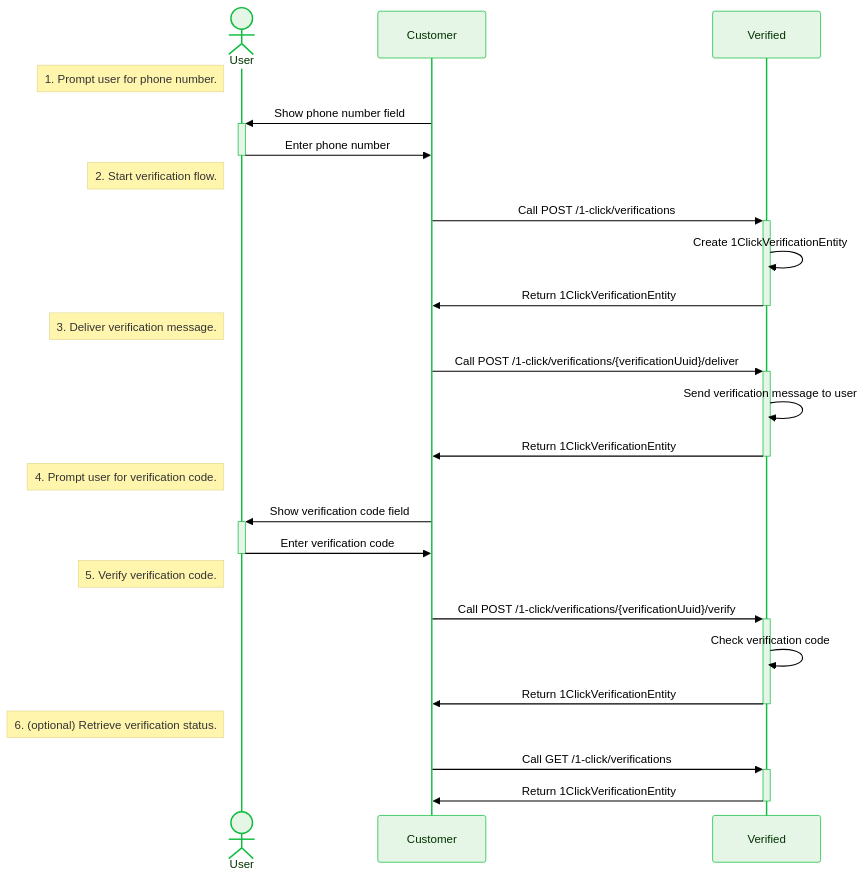
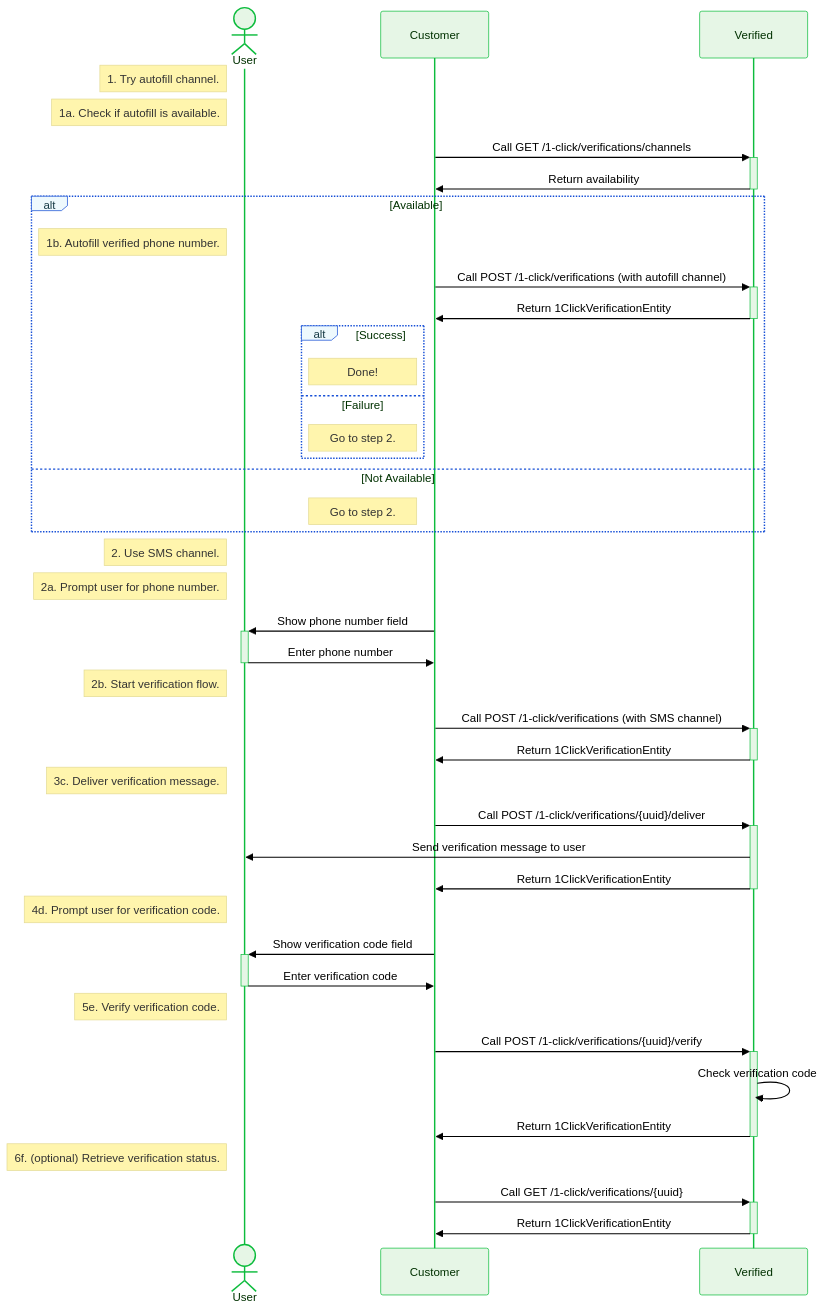
One commit to VerifiedInc/VerifiedInc.github.io changed the diagram in versioned_docs/version-2.1/reusables/sequence-diagram-1-click-verify-api.mdx. Above: the diagram before and after it, drawn with Mermaid. The commit also changed 70 other files, not shown here.

````diff
--- a/versioned_docs/version-2.1/reusables/sequence-diagram-1-click-verify-api.mdx
+++ b/versioned_docs/version-2.1/reusables/sequence-diagram-1-click-verify-api.mdx
@@ -1,49 +1,67 @@
 ```mermaid
 %%{
     init: {
     'theme': 'base',
     'themeVariables': {
         'primaryColor': '#e6f6e6',
         'primaryTextColor': '#003100',
         'primaryBorderColor': '#0dbc3d',
         'secondaryColor': '#eef9fd',
         'secondaryTextColor': '#193c47',
         'secondaryBorderColor': '#164fd6',
         'activationBkgColor': '#e6f6e6',
         'activationBorderColor': '#0dbc3d',
         'labelBoxBkgColor': '#eef9fd',
         'labelBoxBorderColor': '#164fd6',
         'labelTextColor': '#193c47',
         'edgeLabelBackground': '#ffffff',
         'textColor': '#000000',
         'fontFamily': 'Lato'
     }
 }
 }%%
 sequenceDiagram
     actor U as User
     participant C as Customer
     participant V as Verified
 
-    Note left of U: 1. Prompt user for phone number.
+    Note left of U: 1. Try autofill channel.
+    Note left of U: 1a. Check if autofill is available.
+    C ->>+ V: Call GET /1-click/verifications/channels
+    V ->>- C: Return availability
+    alt Available
+        Note left of U: 1b. Autofill verified phone number.
+        C ->>+ V: Call POST /1-click/verifications (with autofill channel)
+        V ->>- C: Return 1ClickVerificationEntity
+        alt Success
+            Note left of C: Done!
+        else Failure
+            Note left of C: Go to step 2.
+        end
+    else Not Available
+        Note left of C: Go to step 2.
+    end
+    
+
+    Note left of U: 2. Use SMS channel.
+    Note left of U: 2a. Prompt user for phone number.
     C ->>+ U: Show phone number field
     U ->>- C: Enter phone number
-    Note left of U: 2. Start verification flow.
-    C ->>+ V: Call POST /1-click/verifications
-    V ->> V: Create 1ClickVerificationEntity
+    Note left of U: 2b. Start verification flow.
+    C ->>+ V: Call POST /1-click/verifications (with SMS channel)
     V ->>- C: Return 1ClickVerificationEntity
-    Note left of U: 3. Deliver verification message.
-    C ->>+ V: Call POST /1-click/verifications/{verificationUuid}/deliver
-    V ->> V: Send verification message to user
+    Note left of U: 3c. Deliver verification message.
+    C ->>+ V: Call POST /1-click/verifications/{uuid}/deliver
+    V ->> U: Send verification message to user
     V ->>- C: Return 1ClickVerificationEntity
-    Note left of U: 4. Prompt user for verification code.
+    Note left of U: 4d. Prompt user for verification code.
     C ->>+ U: Show verification code field
     U ->>- C: Enter verification code
-    Note left of U: 5. Verify verification code.
-    C ->>+ V: Call POST /1-click/verifications/{verificationUuid}/verify
+    Note left of U: 5e. Verify verification code.
+    C ->>+ V: Call POST /1-click/verifications/{uuid}/verify
     V ->> V: Check verification code
     V ->>- C: Return 1ClickVerificationEntity
-    Note left of U: 6. (optional) Retrieve verification status.
-    C ->>+ V: Call GET /1-click/verifications
+    Note left of U: 6f. (optional) Retrieve verification status.
+    C ->>+ V: Call GET /1-click/verifications/{uuid}
     V ->>- C: Return 1ClickVerificationEntity
 ```
````
